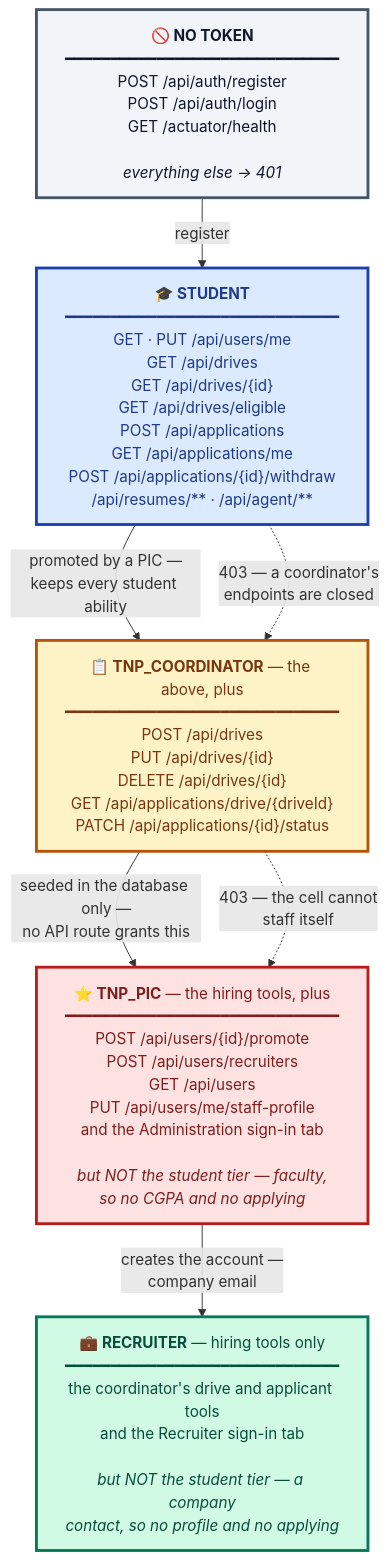
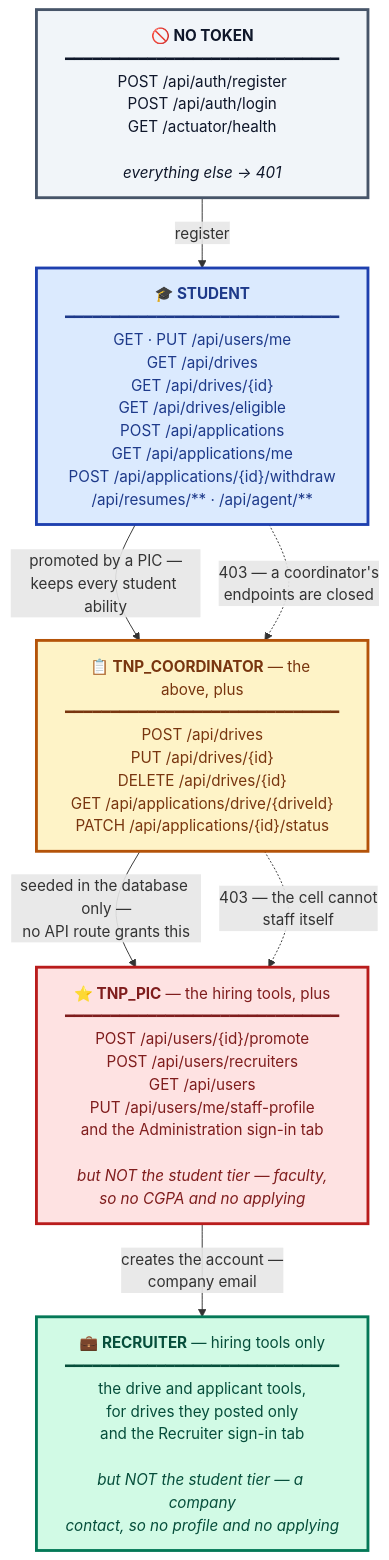
Before and after one commit to RishitheB0T/placement-prep: the third of 5 diagrams in README.md, drawn with Mermaid. The commit also changed other lines of this file and 16 other files, not shown here.

First line of the commit message:
limit a recruiter to the drives they posted

````diff
--- a/README.md
+++ b/README.md
@@ -196,32 +196,32 @@
 ```mermaid
 flowchart TD
     T0["<b>🚫 NO TOKEN</b><br/>━━━━━━━━━━━━━━━━━━━━━━━━━━━━━━<br/>POST /api/auth/register<br/>POST /api/auth/login<br/>GET /actuator/health<br/><br/><i>everything else → 401</i>"]
 
     T1["<b>🎓 STUDENT</b><br/>━━━━━━━━━━━━━━━━━━━━━━━━━━━━━━<br/>GET · PUT /api/users/me<br/>GET /api/drives<br/>GET /api/drives/{id}<br/>GET /api/drives/eligible<br/>POST /api/applications<br/>GET /api/applications/me<br/>POST /api/applications/{id}/withdraw<br/>/api/resumes/** · /api/agent/**"]
 
     T2["<b>📋 TNP_COORDINATOR</b> — the above, plus<br/>━━━━━━━━━━━━━━━━━━━━━━━━━━━━━━<br/>POST /api/drives<br/>PUT /api/drives/{id}<br/>DELETE /api/drives/{id}<br/>GET /api/applications/drive/{driveId}<br/>PATCH /api/applications/{id}/status"]
 
-    TR["<b>💼 RECRUITER</b> — hiring tools only<br/>━━━━━━━━━━━━━━━━━━━━━━━━━━━━━━<br/>the coordinator's drive and applicant tools<br/>and the Recruiter sign-in tab<br/><br/><i>but NOT the student tier — a company<br/>contact, so no profile and no applying</i>"]
+    TR["<b>💼 RECRUITER</b> — hiring tools only<br/>━━━━━━━━━━━━━━━━━━━━━━━━━━━━━━<br/>the drive and applicant tools,<br/>for drives they posted only<br/>and the Recruiter sign-in tab<br/><br/><i>but NOT the student tier — a company<br/>contact, so no profile and no applying</i>"]
 
     T3["<b>⭐ TNP_PIC</b> — the hiring tools, plus<br/>━━━━━━━━━━━━━━━━━━━━━━━━━━━━━━<br/>POST /api/users/{id}/promote<br/>POST /api/users/recruiters<br/>GET /api/users<br/>PUT /api/users/me/staff-profile<br/>and the Administration sign-in tab<br/><br/><i>but NOT the student tier — faculty,<br/>so no CGPA and no applying</i>"]
 
     T0 -->|"register"| T1
     T1 -->|"promoted by a PIC —<br/>keeps every student ability"| T2
     T3 -->|"creates the account —<br/>company email"| TR
     T2 -->|"seeded in the database only —<br/>no API route grants this"| T3
 
     T1 -.->|"403 — a coordinator's<br/>endpoints are closed"| T2
     T2 -.->|"403 — the cell cannot<br/>staff itself"| T3
 
     classDef anon fill:#f1f5f9,stroke:#475569,stroke-width:3px,color:#0f172a
     classDef stu fill:#dbeafe,stroke:#1e40af,stroke-width:3px,color:#1e3a8a
     classDef coord fill:#fef3c7,stroke:#b45309,stroke-width:3px,color:#78350f
     classDef rec fill:#d1fae5,stroke:#047857,stroke-width:3px,color:#064e3b
     classDef pic fill:#fee2e2,stroke:#b91c1c,stroke-width:3px,color:#7f1d1d
 
     class T0 anon
     class T1 stu
     class T2 coord
     class TR rec
     class T3 pic
 ```
````
